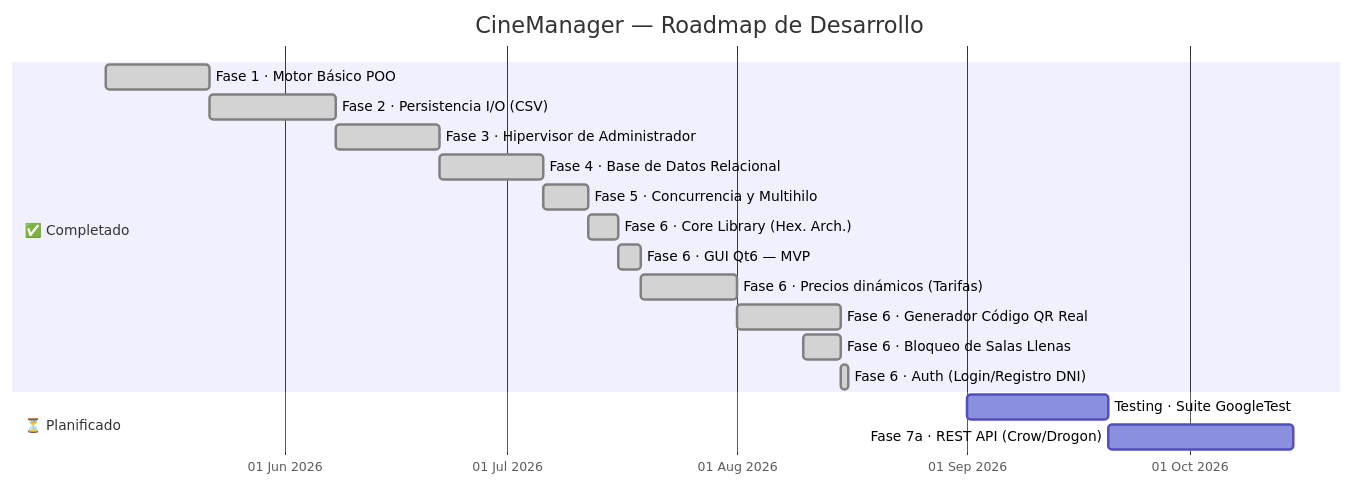
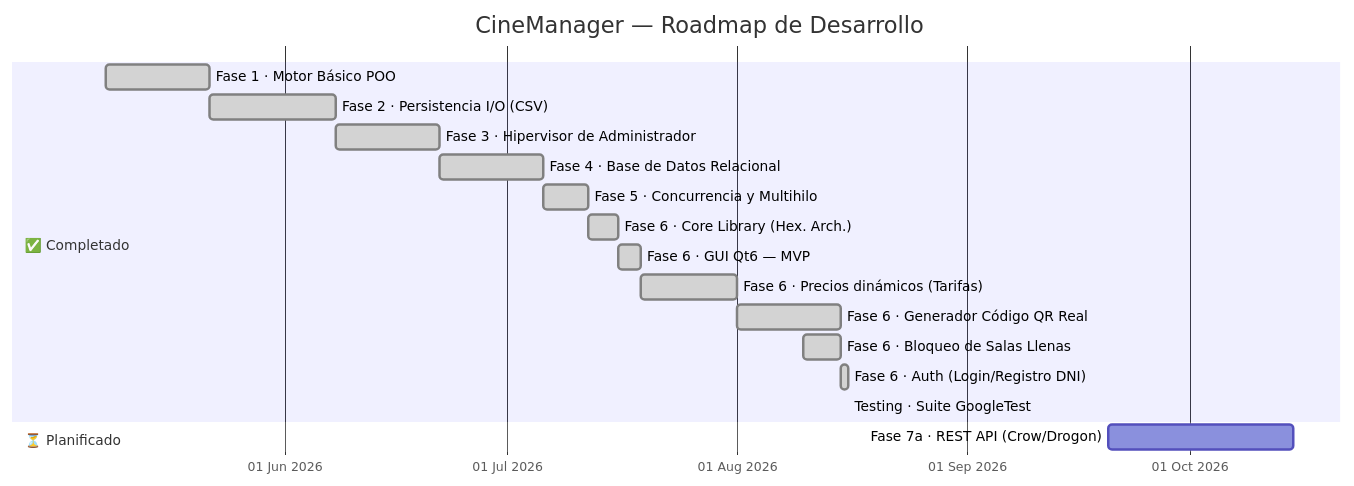
One commit to jorgebd21/CineManager changed the diagram in docs/roadmap.md. Above: the diagram before and after it, drawn with Mermaid. The commit also changed 1 other file, not shown here.

Commit message:
docs: update roadmap and README with testing completion
- Mark the GoogleTest suite milestone (Hito 2 / DT-09) as resolved in docs/roadmap.md.
- Update project capabilities status in README.md to reflect the testing integration.

````diff
--- a/docs/roadmap.md
+++ b/docs/roadmap.md
@@ -9,23 +9,23 @@
 ```mermaid
 gantt
     title CineManager — Roadmap de Desarrollo
     dateFormat  YYYY-MM-DD
     axisFormat  %d %b %Y
 
     section ✅ Completado
     Fase 1 · Motor Básico POO             :done, f1,  2026-05-08, 2026-05-22
     Fase 2 · Persistencia I/O (CSV)       :done, f2,  2026-05-22, 2026-06-08
     Fase 3 · Hipervisor de Administrador  :done, f3,  2026-06-08, 2026-06-22
     Fase 4 · Base de Datos Relacional     :done, f4,  2026-06-22, 2026-07-06
     Fase 5 · Concurrencia y Multihilo     :done, f5,  2026-07-06, 2026-07-12
     Fase 6 · Core Library (Hex. Arch.)    :done, f6,  2026-07-12, 2026-07-16
     Fase 6 · GUI Qt6 — MVP               :done, f6a, 2026-07-16, 2026-07-19
     Fase 6 · Precios dinámicos (Tarifas)  :done, f6b, 2026-07-19, 2026-08-01
     Fase 6 · Generador Código QR Real    :done, f6c, 2026-08-01, 2026-08-15
     Fase 6 · Bloqueo de Salas Llenas      :done, f6d, 2026-08-10, 2026-08-15
     Fase 6 · Auth (Login/Registro DNI)    :done, f6e, 2026-08-15, 2026-08-16
+    Testing · Suite GoogleTest            :done, f_test, 2026-08-16, 2026-08-16
 
     section ⏳ Planificado
-    Testing · Suite GoogleTest            :f_test, 2026-09-01, 2026-09-20
     Fase 7a · REST API (Crow/Drogon)      :f7a,    2026-09-20, 2026-10-15
 ```
````
